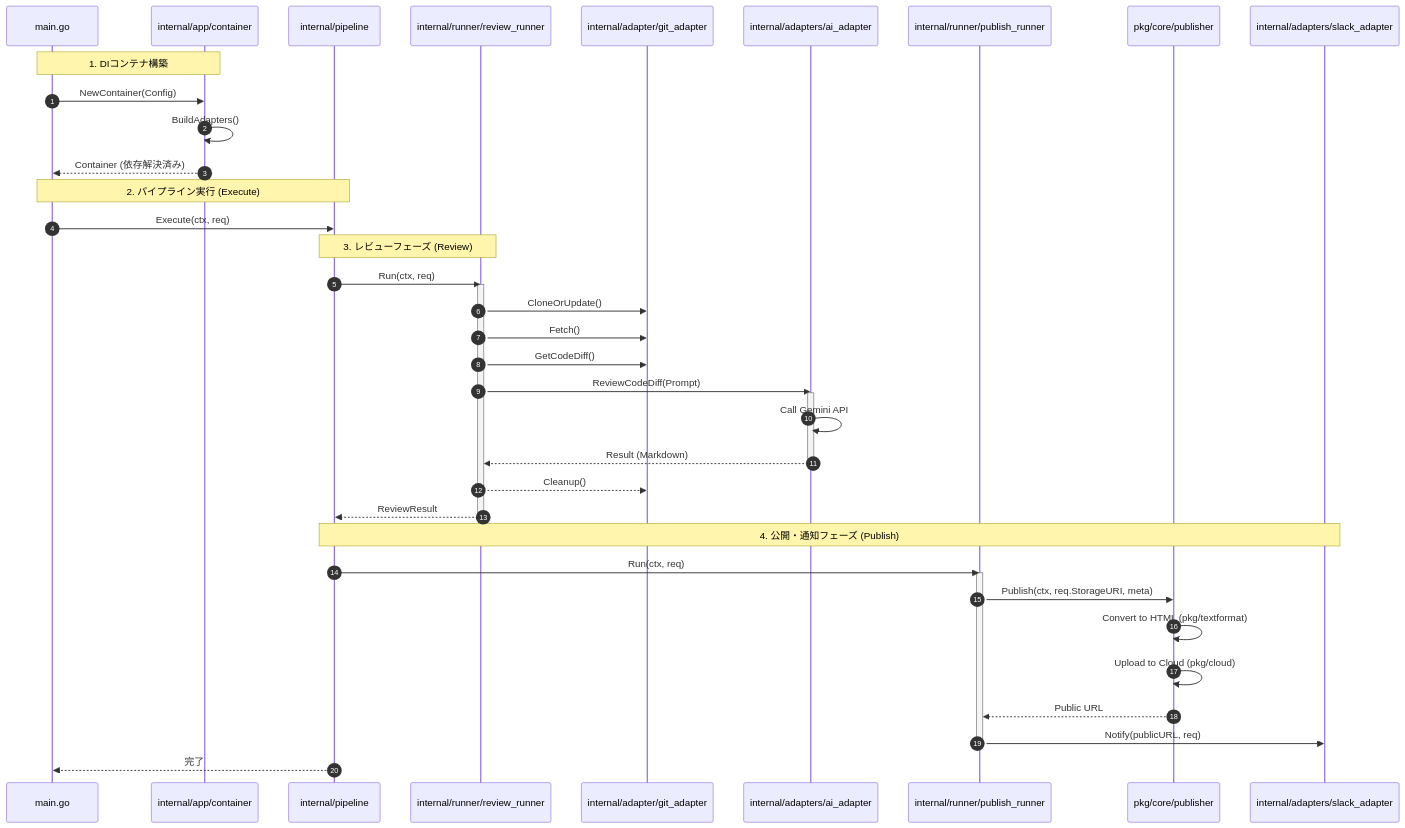
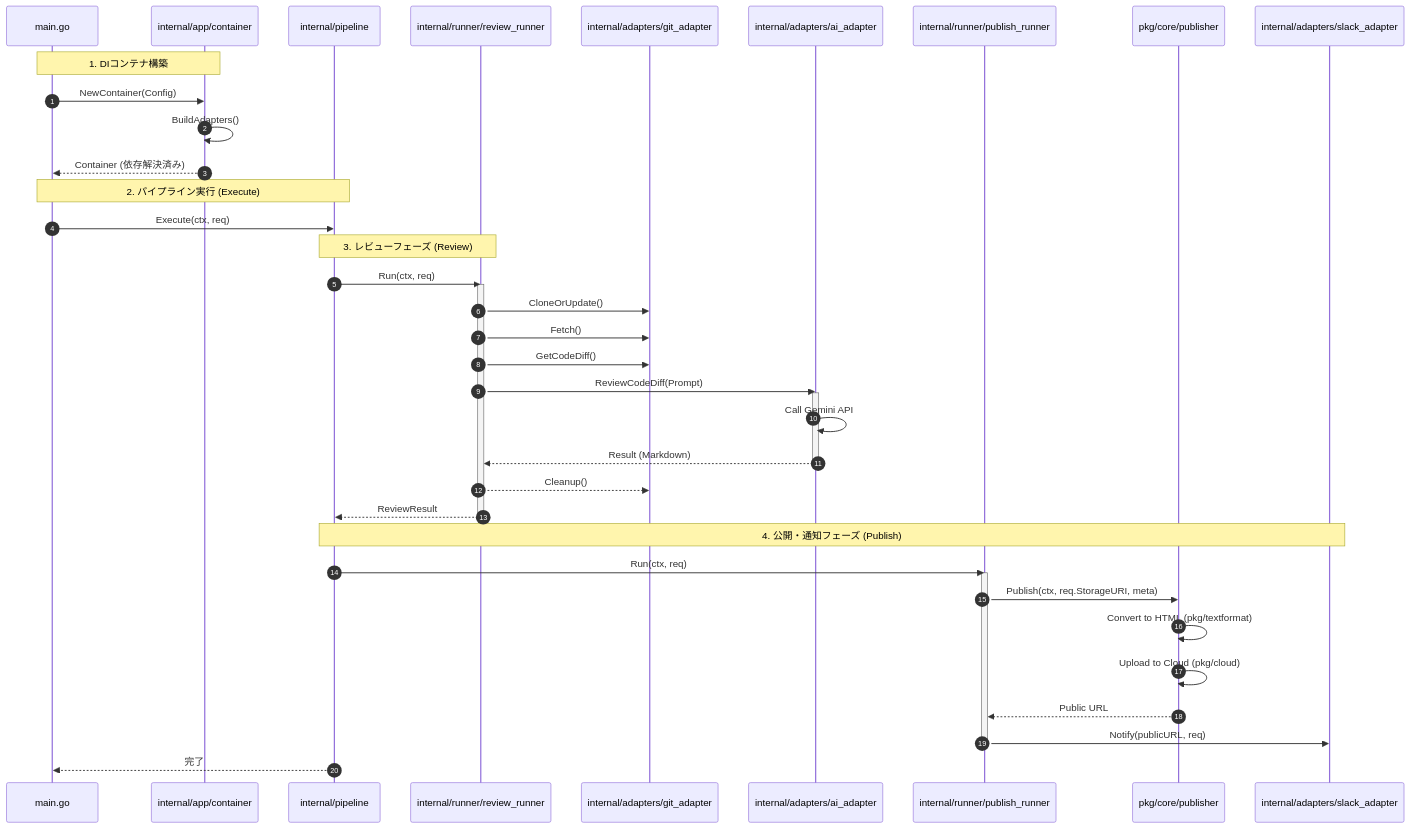
One commit to shouni/git-gemini-cli changed the diagram in README.md. Above: the diagram before and after it, drawn with Mermaid. The commit also changed 1 other file, not shown here.

Commit message:
Refactor: update README sequence diagram and standardize `ReviewPipeline` parameter names in constructor

````diff
--- a/README.md
+++ b/README.md
@@ -42,47 +42,47 @@
 ```mermaid
 sequenceDiagram
     autonumber
     participant Main as main.go
     participant Cont as internal/app/container
     participant Pipe as internal/pipeline
     participant ReviewR as internal/runner/review_runner
-    participant Git as internal/adapter/git_adapter
+    participant Git as internal/adapters/git_adapter
     participant AI as internal/adapters/ai_adapter
     participant PublishR as internal/runner/publish_runner
     participant Pub as pkg/core/publisher
     participant Slack as internal/adapters/slack_adapter
 
     Note over Main, Cont: 1. DIコンテナ構築
     Main->>Cont: NewContainer(Config)
     Cont->>Cont: BuildAdapters()
     Cont-->>Main: Container (依存解決済み)
 
     Note over Main, Pipe: 2. パイプライン実行 (Execute)
     Main->>Pipe: Execute(ctx, req)
 
     Note over Pipe, ReviewR: 3. レビューフェーズ (Review)
     Pipe->>ReviewR: Run(ctx, req)
     activate ReviewR
     ReviewR->>Git: CloneOrUpdate()
     ReviewR->>Git: Fetch()
     ReviewR->>Git: GetCodeDiff()
     ReviewR->>AI: ReviewCodeDiff(Prompt)
     activate AI
     AI->>AI: Call Gemini API
     AI-->>ReviewR: Result (Markdown)
     deactivate AI
     ReviewR-->>Git: Cleanup()
     ReviewR-->>Pipe: ReviewResult
     deactivate ReviewR
 
     Note over Pipe, Slack: 4. 公開・通知フェーズ (Publish)
     Pipe->>PublishR: Run(ctx, req)
     activate PublishR
     PublishR->>Pub: Publish(ctx, req.StorageURI, meta)
     Pub->>Pub: Convert to HTML (pkg/textformat)
     Pub->>Pub: Upload to Cloud (pkg/cloud)
     Pub-->>PublishR: Public URL
     PublishR->>Slack: Notify(publicURL, req)
     deactivate PublishR
     Pipe-->>Main: 完了
 ```
````
